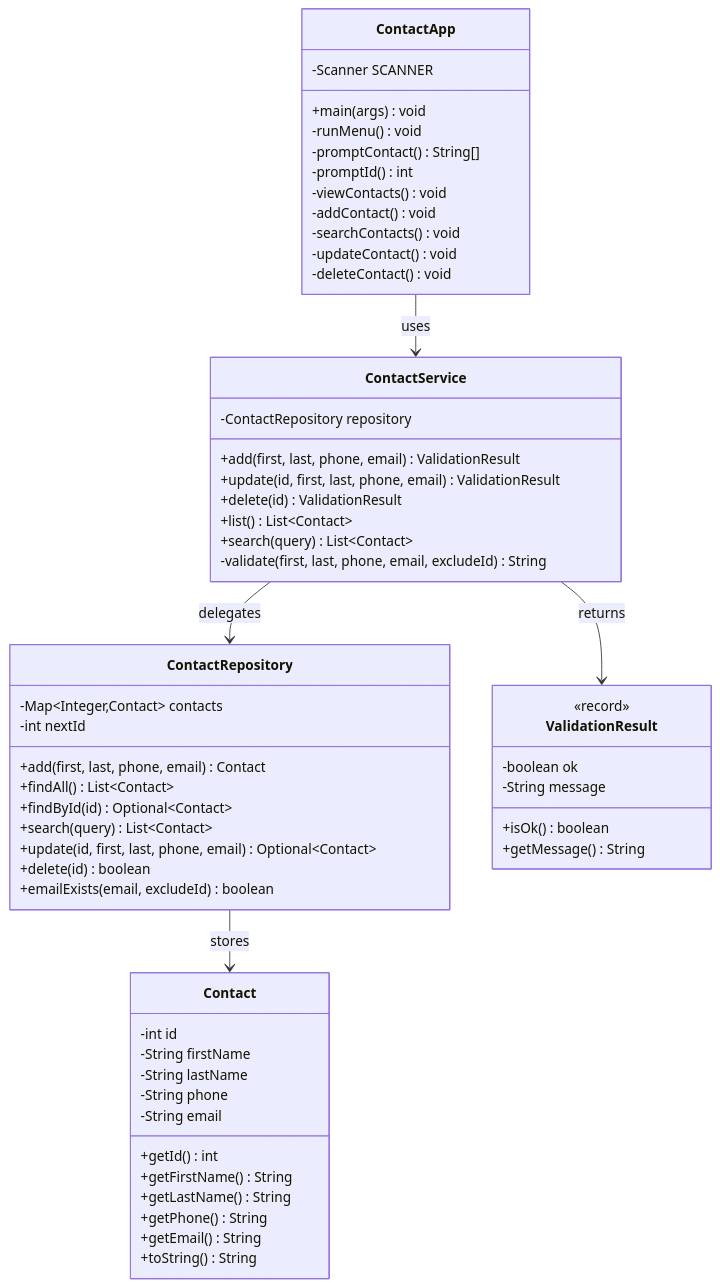
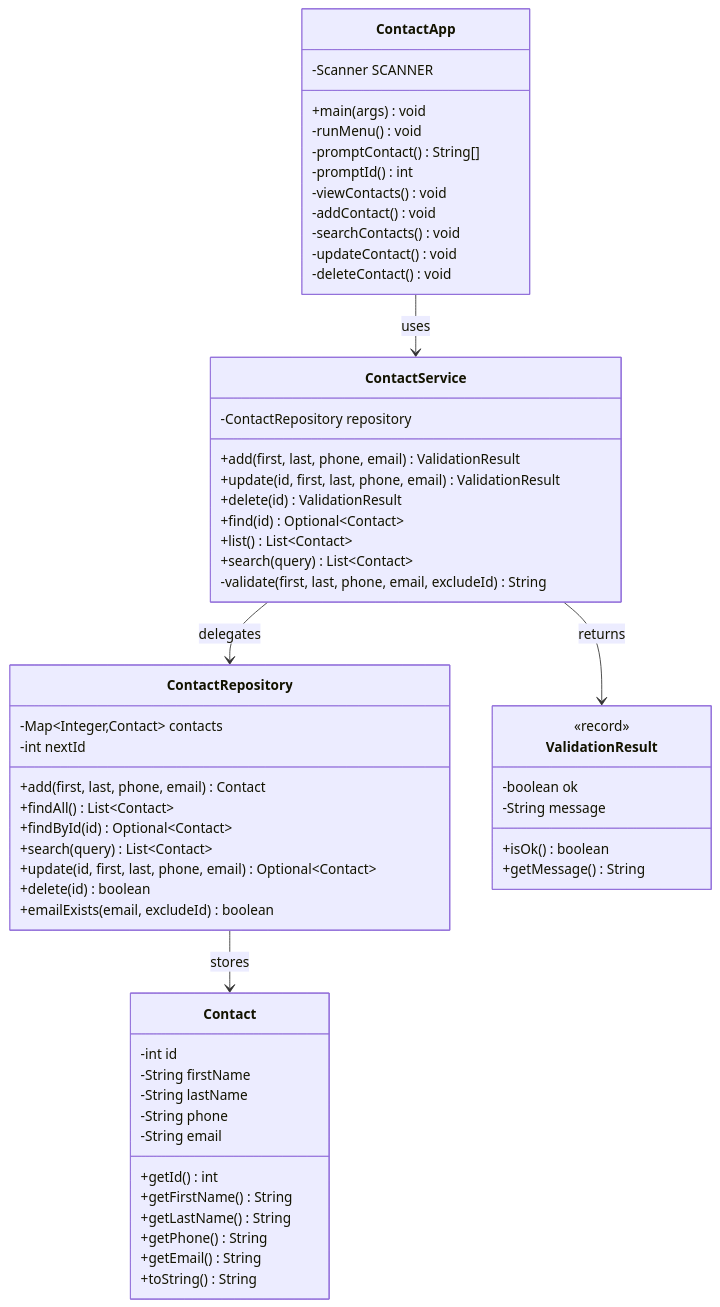
Before and after one commit to tukue/java-fundamentals: the second of 2 diagrams in contact-workshop/design.md, drawn with Mermaid. The commit also changed other lines of this file and 4 other files, not shown here.

````diff
--- a/contact-workshop/design.md
+++ b/contact-workshop/design.md
@@ -88,64 +88,65 @@
 ```mermaid
 classDiagram
     class Contact {
         -int id
         -String firstName
         -String lastName
         -String phone
         -String email
         +getId() int
         +getFirstName() String
         +getLastName() String
         +getPhone() String
         +getEmail() String
         +toString() String
     }
 
     class ContactRepository {
         -Map~Integer,Contact~ contacts
         -int nextId
         +add(first, last, phone, email) Contact
         +findAll() List~Contact~
         +findById(id) Optional~Contact~
         +search(query) List~Contact~
         +update(id, first, last, phone, email) Optional~Contact~
         +delete(id) boolean
         +emailExists(email, excludeId) boolean
     }
 
     class ContactService {
         -ContactRepository repository
         +add(first, last, phone, email) ValidationResult
         +update(id, first, last, phone, email) ValidationResult
         +delete(id) ValidationResult
+        +find(id) Optional~Contact~
         +list() List~Contact~
         +search(query) List~Contact~
         -validate(first, last, phone, email, excludeId) String
     }
 
     class ValidationResult {
         <<record>>
         -boolean ok
         -String message
         +isOk() boolean
         +getMessage() String
     }
 
     class ContactApp {
         -Scanner SCANNER
         +main(args) void
         -runMenu() void
         -promptContact() String[]
         -promptId() int
         -viewContacts() void
         -addContact() void
         -searchContacts() void
         -updateContact() void
         -deleteContact() void
     }
 
     ContactApp --> ContactService : uses
     ContactService --> ContactRepository : delegates
     ContactService --> ValidationResult : returns
     ContactRepository --> Contact : stores
 ```
````
